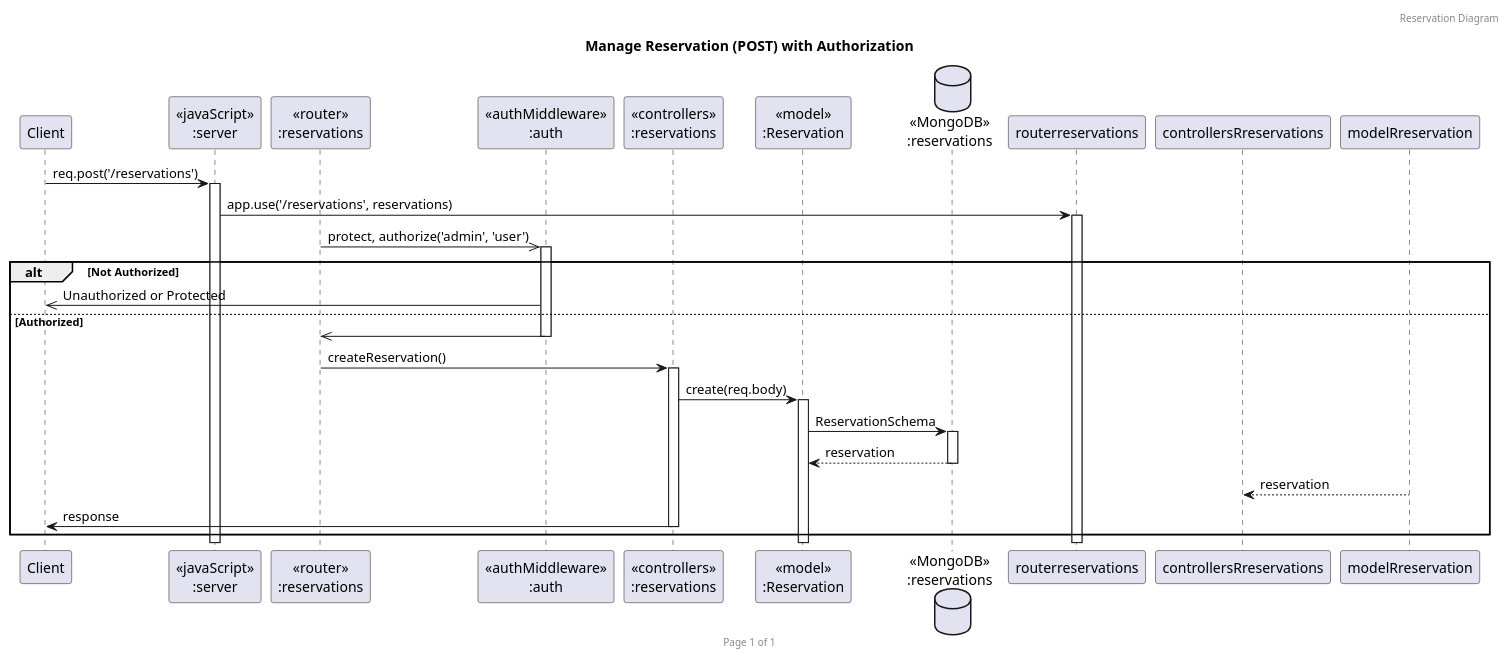
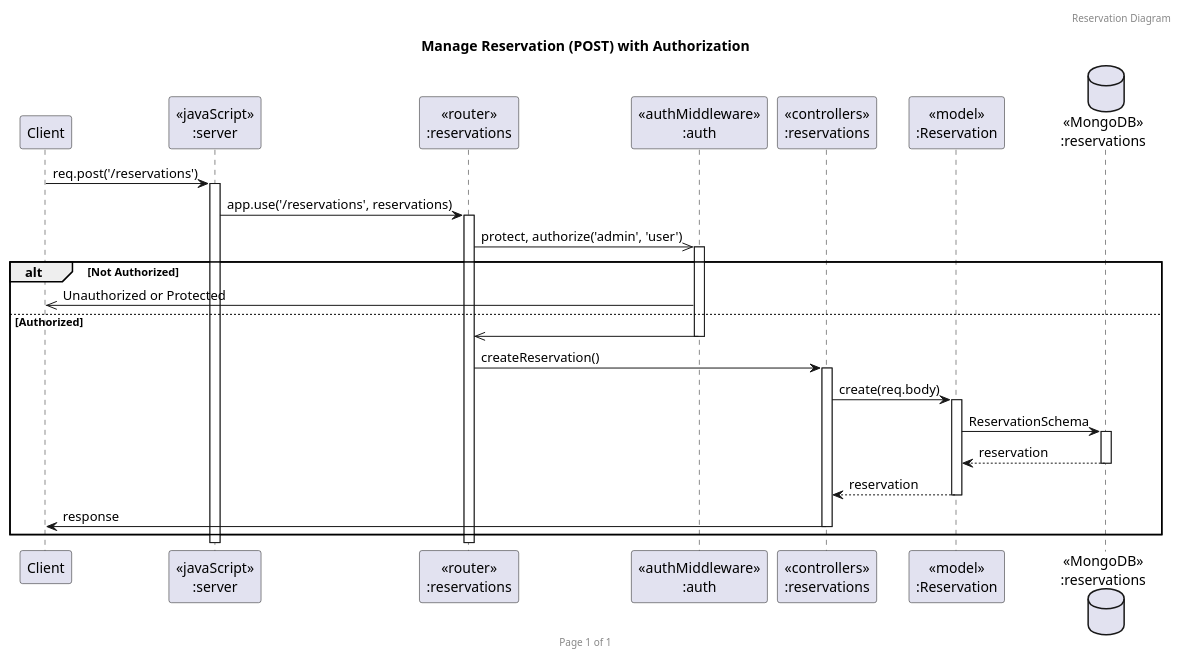
Before and after one commit to punchanabu/redrice-backend-express: the diagram in uml/reservation/restaurant(post).puml, drawn with PlantUML.

Commit message:
fix post reserve uml

```diff
--- a/uml/reservation/restaurant(post).puml
+++ b/uml/reservation/restaurant(post).puml
@@ -1,32 +1,32 @@
 @startuml
 header Reservation Diagram
 footer Page %page% of %lastpage%
 title "Manage Reservation (POST) with Authorization"
 
 participant "Client" as client
 participant "<<javaScript>>\n:server" as server
 participant "<<router>>\n:reservations" as routerReservations
 participant "<<authMiddleware>>\n:auth" as authMiddleware
 participant "<<controllers>>\n:reservations" as controllersReservations
 participant "<<model>>\n:Reservation" as modelReservation
 database "<<MongoDB>>\n:reservations" as ReservationsDatabase
 
 client->server ++:req.post('/reservations')
-server->routerreservations ++:app.use('/reservations', reservations)
+server->routerReservations ++:app.use('/reservations', reservations)
 routerReservations->>authMiddleware ++:protect, authorize('admin', 'user')
 
 alt Not Authorized
     authMiddleware->>client :Unauthorized or Protected
 else Authorized
     authMiddleware->>routerReservations -- :
     routerReservations->controllersReservations ++:createReservation()
     controllersReservations->modelReservation ++:create(req.body)
     modelReservation ->ReservationsDatabase ++: ReservationSchema
     ReservationsDatabase --> modelReservation --: reservation
-    controllersRreservations <-- modelRreservation --: reservation
+    controllersReservations <-- modelReservation --: reservation
     controllersReservations->client --:response
 end
 
 
 
 @enduml
```
